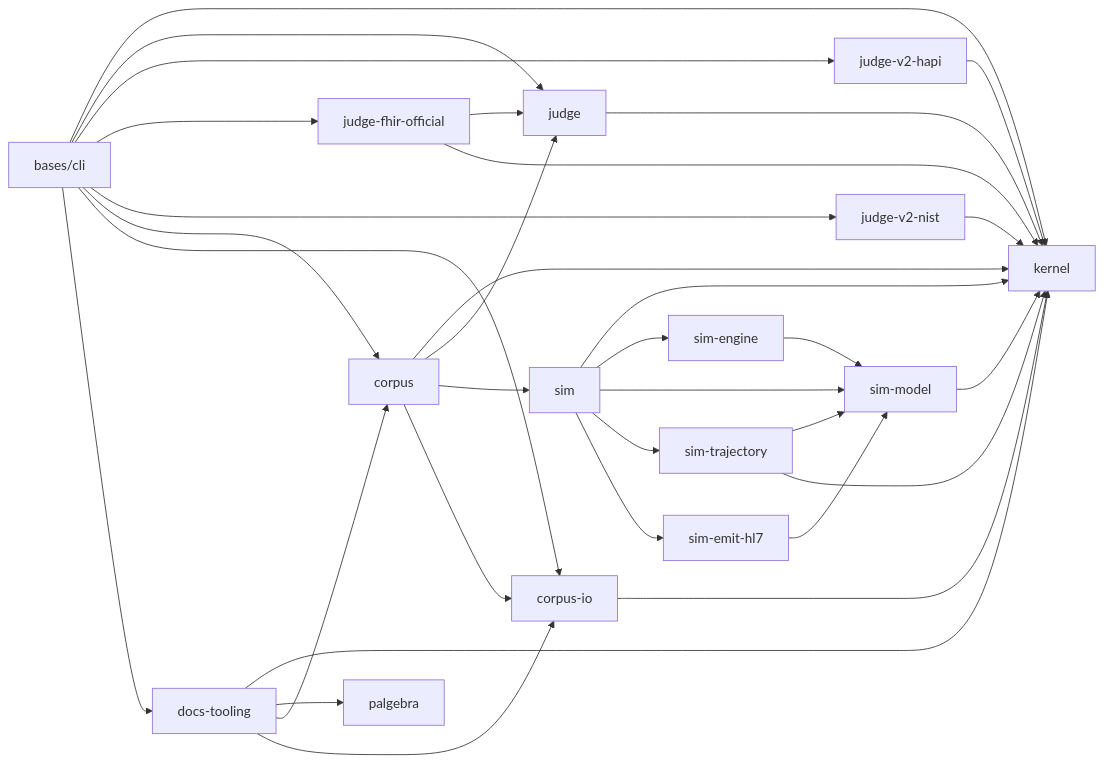
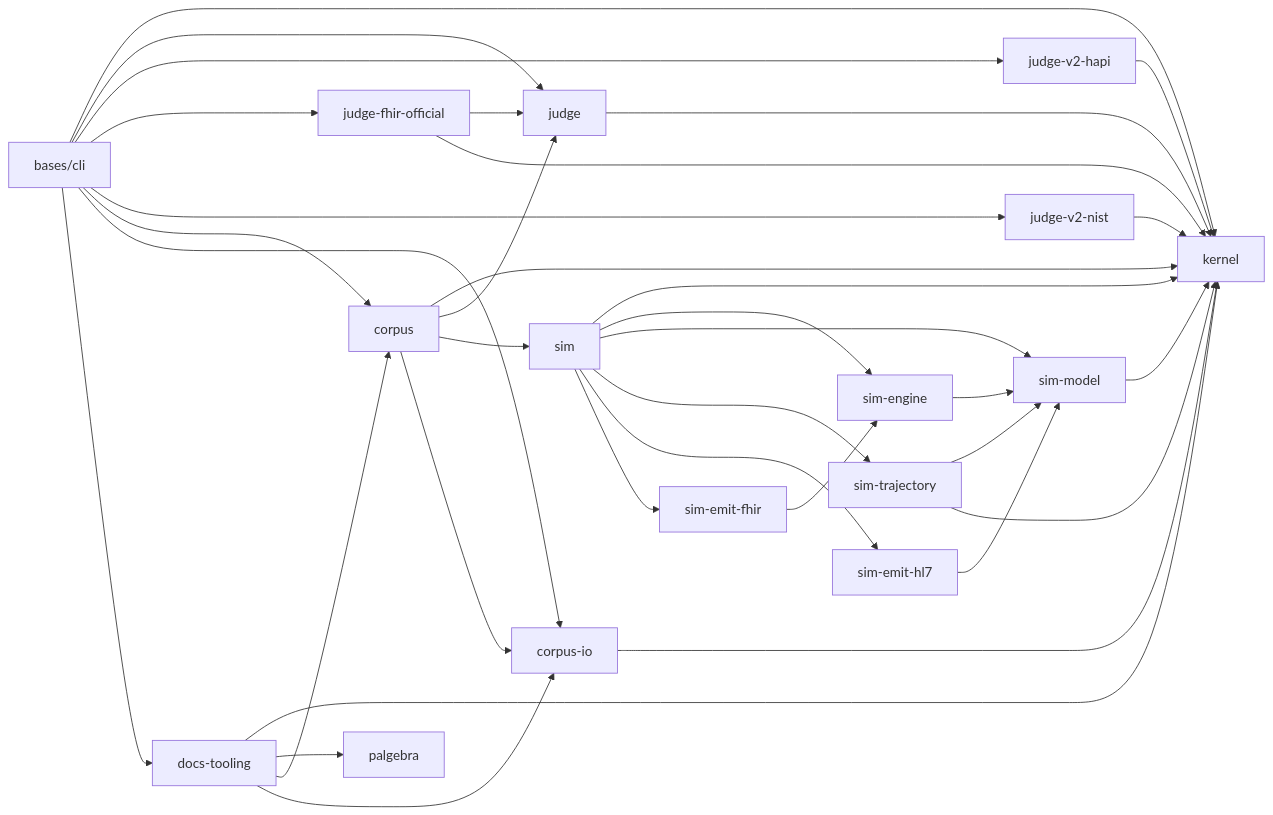
One commit to pragsmike/ehr-testing-tools changed the diagram in docs/dev/architecture.md. Above: the diagram before and after it, drawn with Mermaid. The commit also changed other lines of this file and 14 other files, not shown here.

````diff
--- a/docs/dev/architecture.md
+++ b/docs/dev/architecture.md
@@ -25,51 +25,54 @@
 ```mermaid
 flowchart LR
     kernel[kernel]
     judge[judge]
     judgev2hapi[judge-v2-hapi]
     judgefhirofficial[judge-fhir-official]
     judgev2nist[judge-v2-nist]
     corpus[corpus]
     corpusio[corpus-io]
     docstooling[docs-tooling]
     palgebra[palgebra]
     simmodel[sim-model]
     simengine[sim-engine]
     simtrajectory[sim-trajectory]
     simemithl7[sim-emit-hl7]
+    simemitfhir[sim-emit-fhir]
     sim[sim]
     cli[bases/cli]
 
     judge --> kernel
     judgev2hapi --> kernel
     judgefhirofficial --> judge
     judgefhirofficial --> kernel
     judgev2nist --> kernel
     corpusio --> kernel
     corpus --> kernel
     corpus --> judge
     corpus --> sim
     corpus --> corpusio
     simmodel --> kernel
     simengine --> simmodel
     simtrajectory --> simmodel
     simtrajectory --> kernel
     simemithl7 --> simmodel
+    simemitfhir --> simengine
     sim --> kernel
     sim --> simengine
     sim --> simmodel
     sim --> simtrajectory
     sim --> simemithl7
+    sim --> simemitfhir
     docstooling --> kernel
     docstooling --> palgebra
     docstooling --> corpus
     docstooling --> corpusio
     cli --> kernel
     cli --> judge
     cli --> judgev2hapi
     cli --> judgefhirofficial
     cli --> judgev2nist
     cli --> corpus
     cli --> corpusio
     cli --> docstooling
 ```
````
